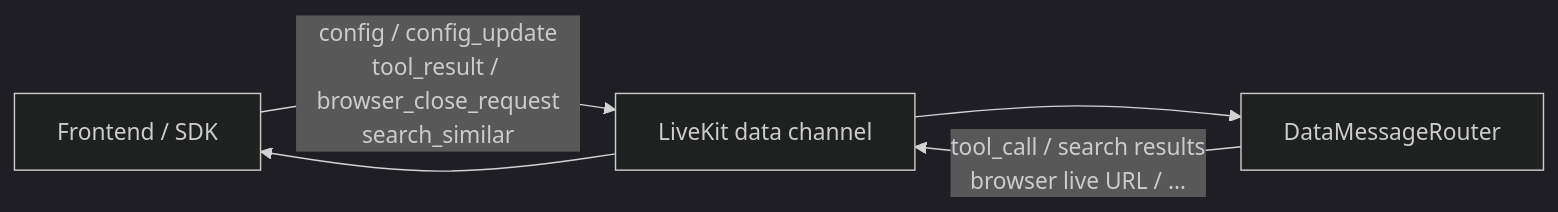
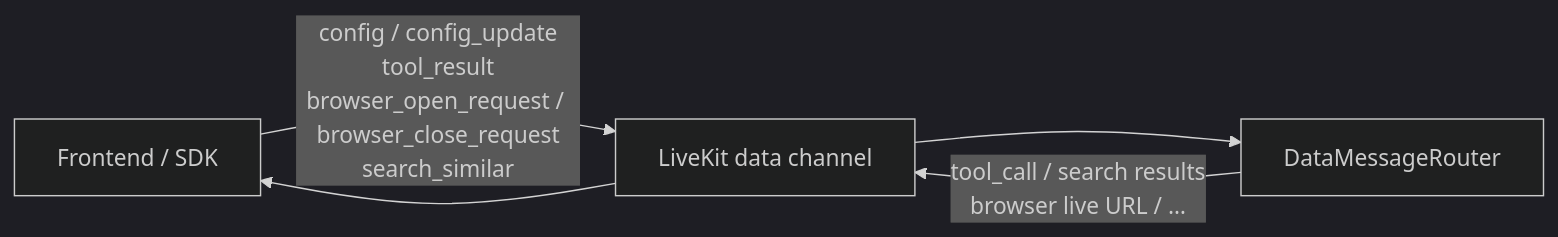
One commit to kwami-labs/kwami-lk-agent changed the first of 2 diagrams in docs/protocol.md. Above: the diagram before and after it, drawn with Mermaid (dark theme). The commit also changed other lines of this file, not shown here.

First line of the commit message:
docs: document pipeline type aliases, tool budget and browser_open

````diff
--- a/docs/protocol.md
+++ b/docs/protocol.md
@@ -11,11 +11,11 @@
 ```mermaid
 flowchart LR
     FE["Frontend / SDK"]
     DC["LiveKit data channel"]
     Router["DataMessageRouter"]
 
-    FE -- "config / config_update<br/>tool_result / browser_close_request<br/>search_similar" --> DC
+    FE -- "config / config_update<br/>tool_result<br/>browser_open_request / browser_close_request<br/>search_similar" --> DC
     DC --> Router
     Router -- "tool_call / search results<br/>browser live URL / …" --> DC
     DC --> FE
 ```
````
